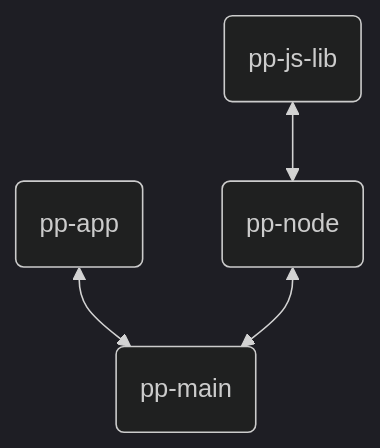
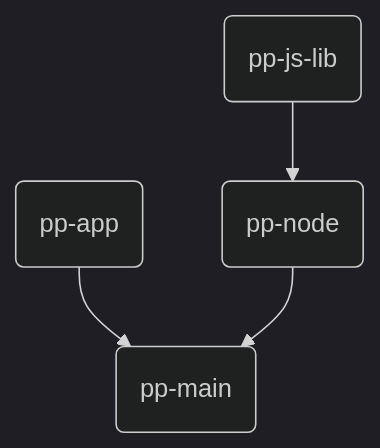
One commit to people-post/pp-main changed the second of 2 diagrams in README.md. Above: the diagram before and after it, drawn with Mermaid (dark theme). The commit also changed other lines of this file, not shown here.

````diff
--- a/README.md
+++ b/README.md
@@ -36,6 +55,6 @@
 ```mermaid
 graph TB
-LIB(pp-js-lib) <--> NODE(pp-node)
-APP(pp-app) <--> MAIN(pp-main)
-NODE <--> MAIN
+LIB(pp-js-lib) --> NODE(pp-node)
+APP(pp-app) --> MAIN(pp-main)
+NODE --> MAIN
 ```
````
